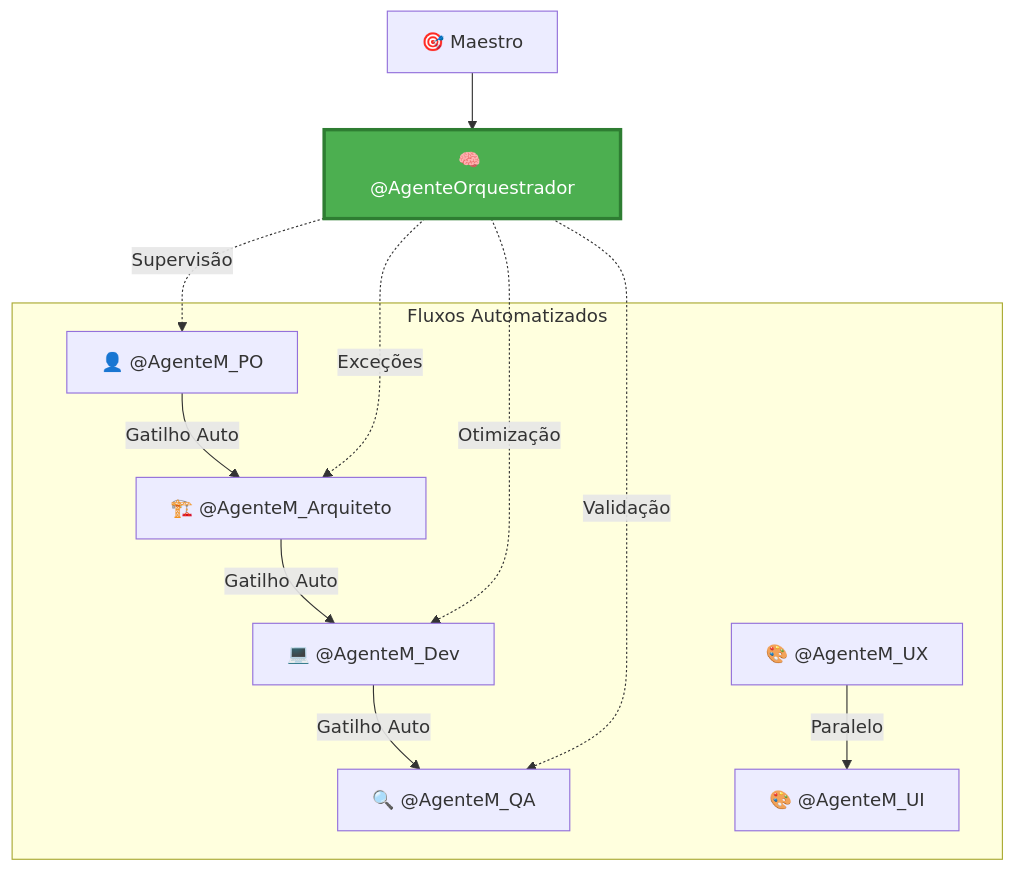
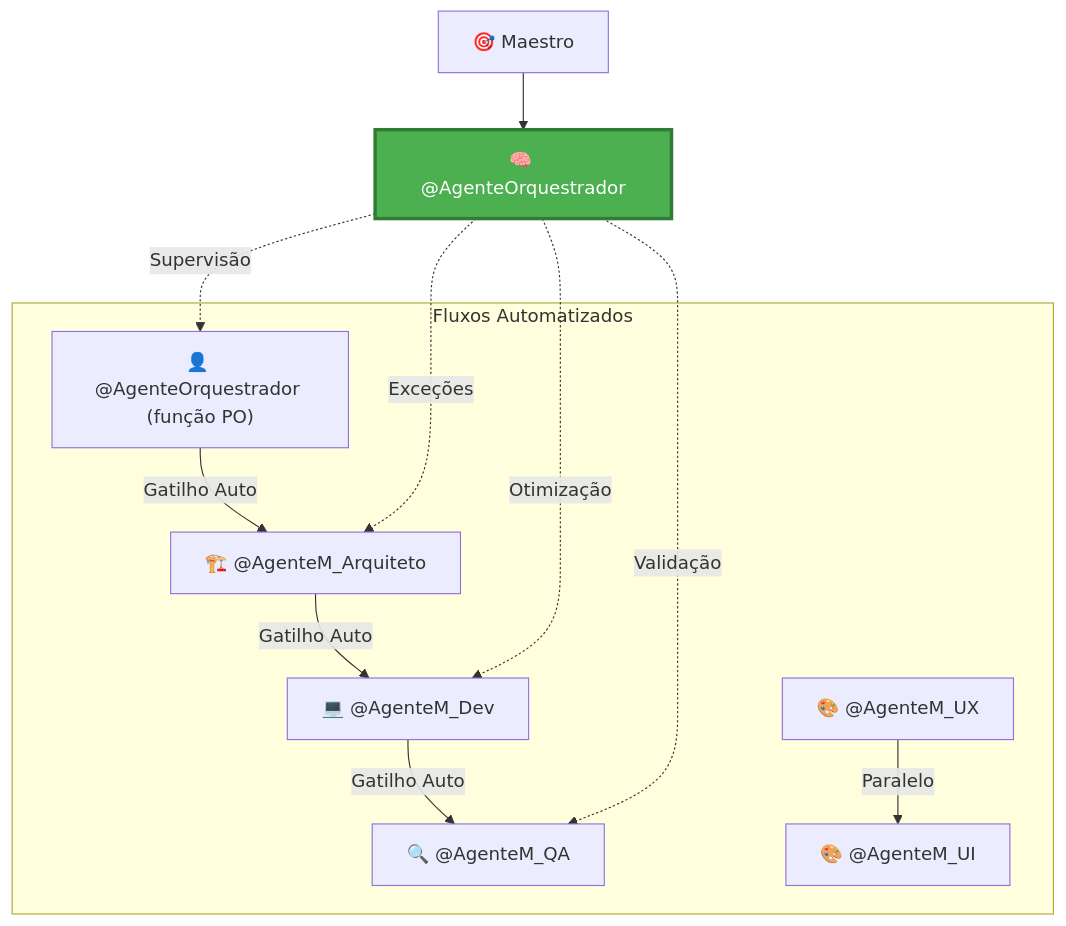
One commit to brunosrosa/recoloca-ai changed the second of 4 diagrams in docs/04_Agentes_IA/EVOLUCAO_AGENTE_ORQUESTRADOR.md. Above: the diagram before and after it, drawn with Mermaid. The commit also changed other lines of this file and 56 other files, not shown here.

````diff
--- a/docs/04_Agentes_IA/EVOLUCAO_AGENTE_ORQUESTRADOR.md
+++ b/docs/04_Agentes_IA/EVOLUCAO_AGENTE_ORQUESTRADOR.md
@@ -54,20 +54,20 @@
 ```mermaid
 graph TD
     A["🎯 Maestro"] --> B["🧠 @AgenteOrquestrador"]
     
     subgraph "Fluxos Automatizados"
-        C["👤 @AgenteM_PO"] -->|Gatilho Auto| D["🏗️ @AgenteM_Arquiteto"]
+        C["👤 @AgenteOrquestrador (função PO)"] -->|Gatilho Auto| D["🏗️ @AgenteM_Arquiteto"]
         D -->|Gatilho Auto| E["💻 @AgenteM_Dev"]
         E -->|Gatilho Auto| F["🔍 @AgenteM_QA"]
         
         G["🎨 @AgenteM_UX"] -->|Paralelo| H["🎨 @AgenteM_UI"]
     end
     
     B -.->|Supervisão| C
     B -.->|Exceções| D
     B -.->|Otimização| E
     B -.->|Validação| F
     
     style B fill:#4caf50,stroke:#2e7d32,stroke-width:3px
     style B color:#fff
 ```
````
